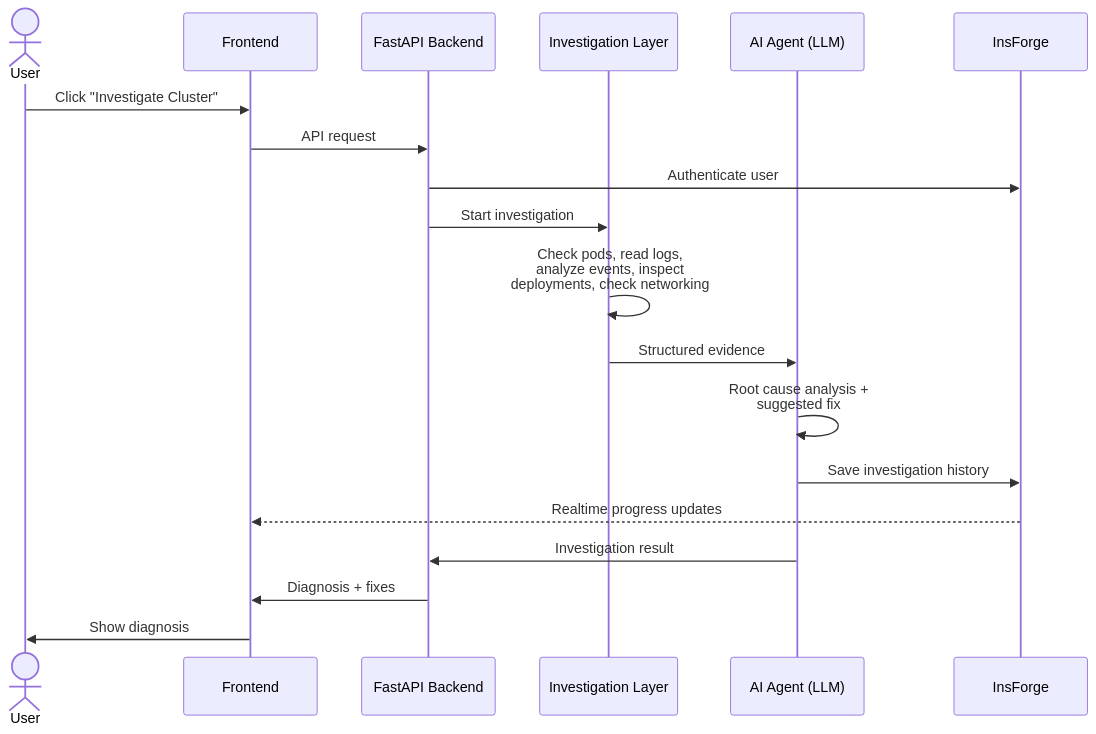
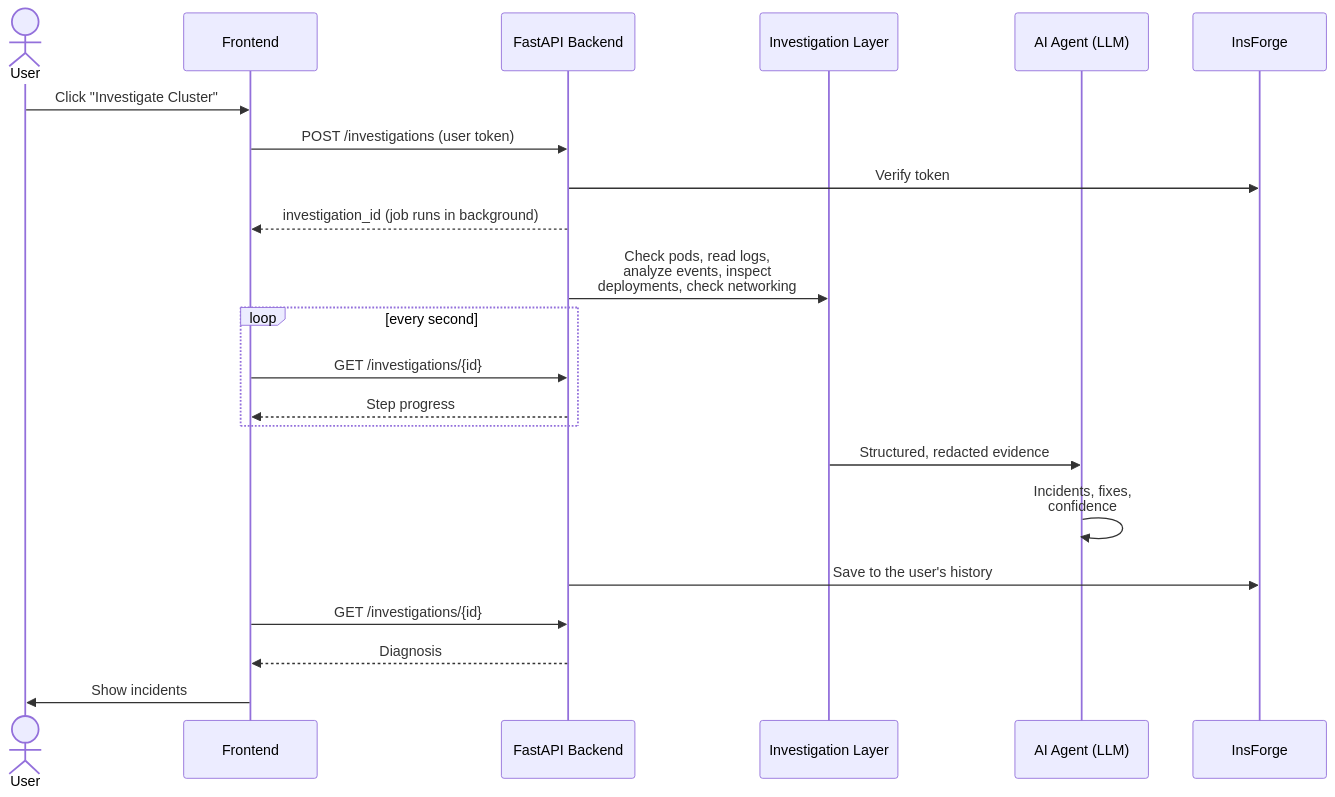
One commit to mohammedfirdouss/k8s-ai-agent changed the fourth of 5 diagrams in README.md. Above: the diagram before and after it, drawn with Mermaid. The commit also changed other lines of this file and 7 other files, not shown here.

Commit message:
Add feedback functionality for diagnosis ratings and improve user authentication flow

````diff
--- a/README.md
+++ b/README.md
@@ -113,22 +100,25 @@
 ```mermaid
 sequenceDiagram
     actor User
     participant FE as Frontend
     participant API as FastAPI Backend
     participant INV as Investigation Layer
     participant AI as AI Agent (LLM)
     participant IF as InsForge
 
     User->>FE: Click "Investigate Cluster"
-    FE->>API: API request
-    API->>IF: Authenticate user
-    API->>INV: Start investigation
-    INV->>INV: Check pods, read logs,<br/>analyze events, inspect<br/>deployments, check networking
-    INV->>AI: Structured evidence
-    AI->>AI: Root cause analysis +<br/>suggested fix
-    AI->>IF: Save investigation history
-    IF-->>FE: Realtime progress updates
-    AI->>API: Investigation result
-    API->>FE: Diagnosis + fixes
-    FE->>User: Show diagnosis
+    FE->>API: POST /investigations (user token)
+    API->>IF: Verify token
+    API-->>FE: investigation_id (job runs in background)
+    API->>INV: Check pods, read logs,<br/>analyze events, inspect<br/>deployments, check networking
+    loop every second
+        FE->>API: GET /investigations/{id}
+        API-->>FE: Step progress
+    end
+    INV->>AI: Structured, redacted evidence
+    AI->>AI: Incidents, fixes,<br/>confidence
+    API->>IF: Save to the user's history
+    FE->>API: GET /investigations/{id}
+    API-->>FE: Diagnosis
+    FE->>User: Show incidents
 ```
````
